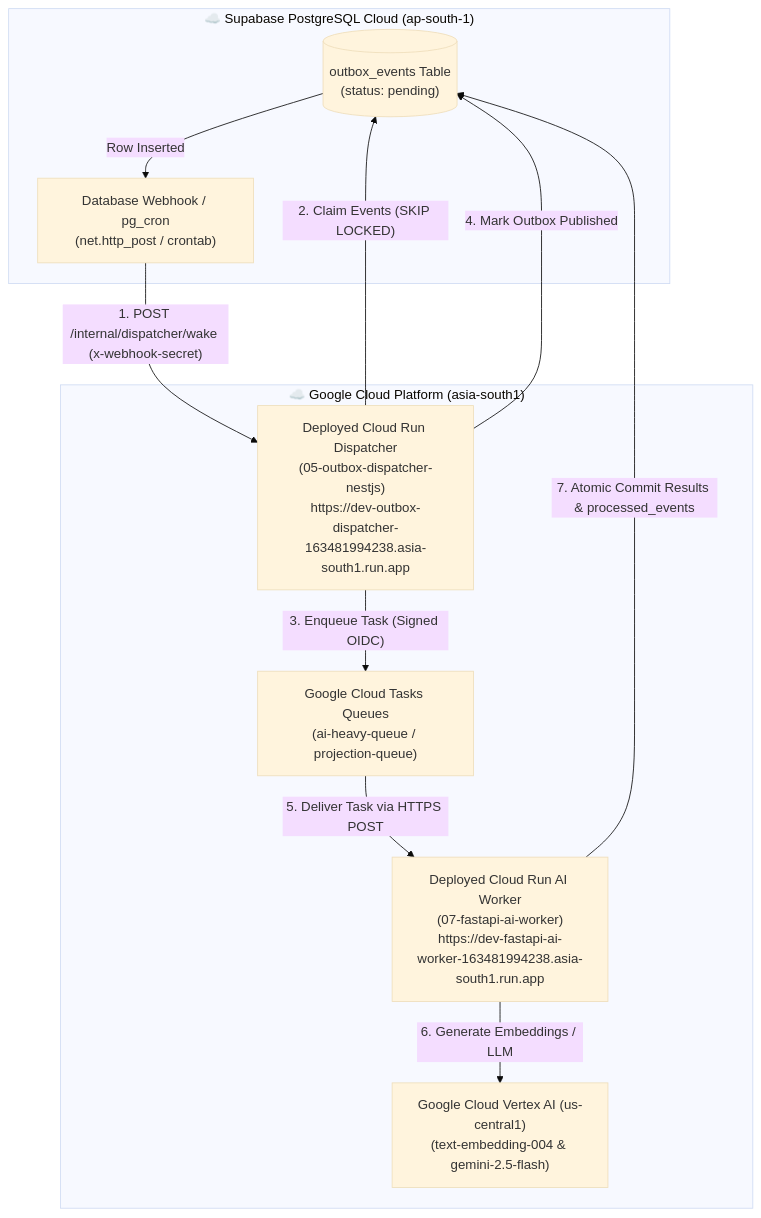
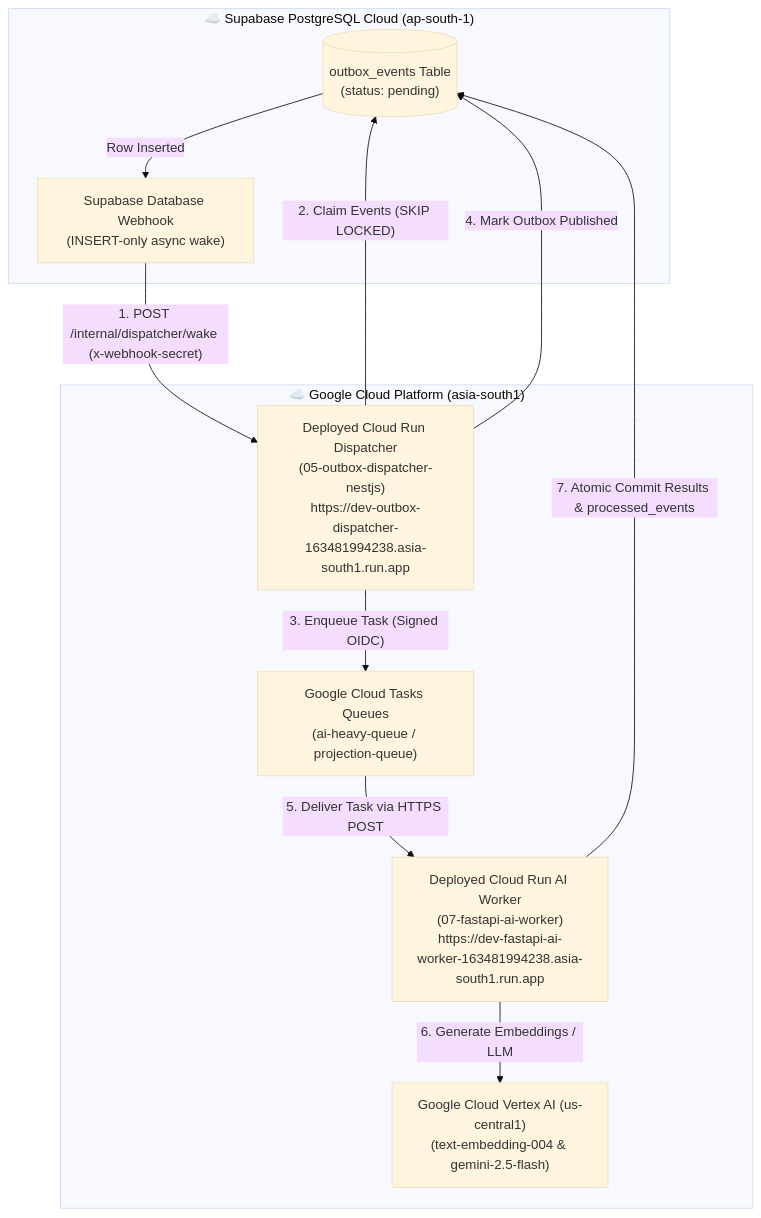
One commit to vishesh-mahale/Binay-Job-Portal-App changed the fifth of 5 diagrams in 05-outbox-dispatcher-nestjs/LOCAL-TESTING-OPTIONS.md. Above: the diagram before and after it, drawn with Mermaid (base theme). The commit also changed other lines of this file and 24 other files, not shown here.

````diff
--- a/05-outbox-dispatcher-nestjs/LOCAL-TESTING-OPTIONS.md
+++ b/05-outbox-dispatcher-nestjs/LOCAL-TESTING-OPTIONS.md
@@ -217,23 +217,23 @@
 ```mermaid
 flowchart TD
     subgraph Supabase_Cloud["☁️ Supabase PostgreSQL Cloud (ap-south-1)"]
         DB[("outbox_events Table\n(status: pending)")]
-        DB_Trigger["Database Webhook / pg_cron\n(net.http_post / crontab)"]
+        DB_Trigger["Supabase Database Webhook\n(INSERT-only async wake)"]
         DB -->|"Row Inserted"| DB_Trigger
     end
 
     subgraph GCP_Cloud_Infrastructure["☁️ Google Cloud Platform (asia-south1)"]
         CloudRun_Dispatcher["Deployed Cloud Run Dispatcher\n(05-outbox-dispatcher-nestjs)\nhttps://dev-outbox-dispatcher-163481994238.asia-south1.run.app"]
         GCP_Tasks["Google Cloud Tasks Queues\n(ai-heavy-queue / projection-queue)"]
         CloudRun_Worker["Deployed Cloud Run AI Worker\n(07-fastapi-ai-worker)\nhttps://dev-fastapi-ai-worker-163481994238.asia-south1.run.app"]
         Vertex_AI["Google Cloud Vertex AI (us-central1)\n(text-embedding-004 & gemini-2.5-flash)"]
         
         DB_Trigger -->|"1. POST /internal/dispatcher/wake (x-webhook-secret)"| CloudRun_Dispatcher
         CloudRun_Dispatcher -->|"2. Claim Events (SKIP LOCKED)"| DB
         CloudRun_Dispatcher -->|"3. Enqueue Task (Signed OIDC)"| GCP_Tasks
         CloudRun_Dispatcher -->|"4. Mark Outbox Published"| DB
         GCP_Tasks -->|"5. Deliver Task via HTTPS POST"| CloudRun_Worker
         CloudRun_Worker -->|"6. Generate Embeddings / LLM"| Vertex_AI
         CloudRun_Worker -->|"7. Atomic Commit Results & processed_events"| DB
     end
 ```
````
